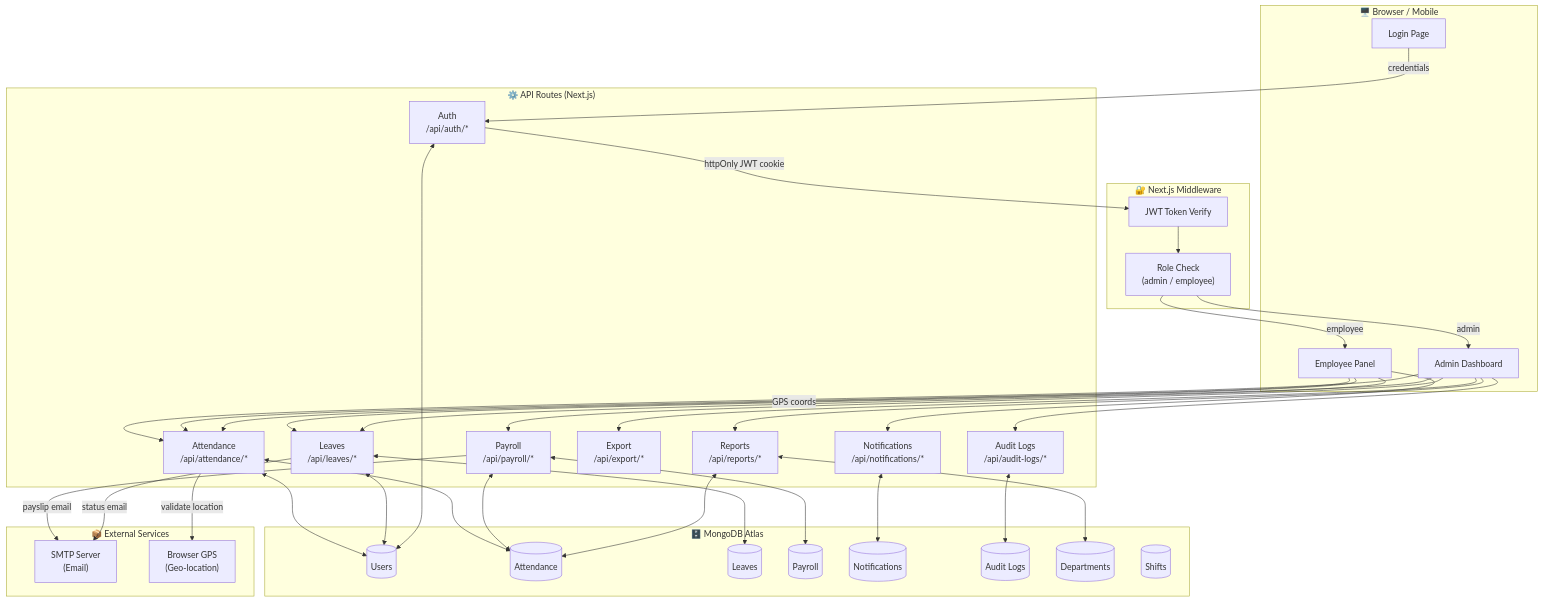
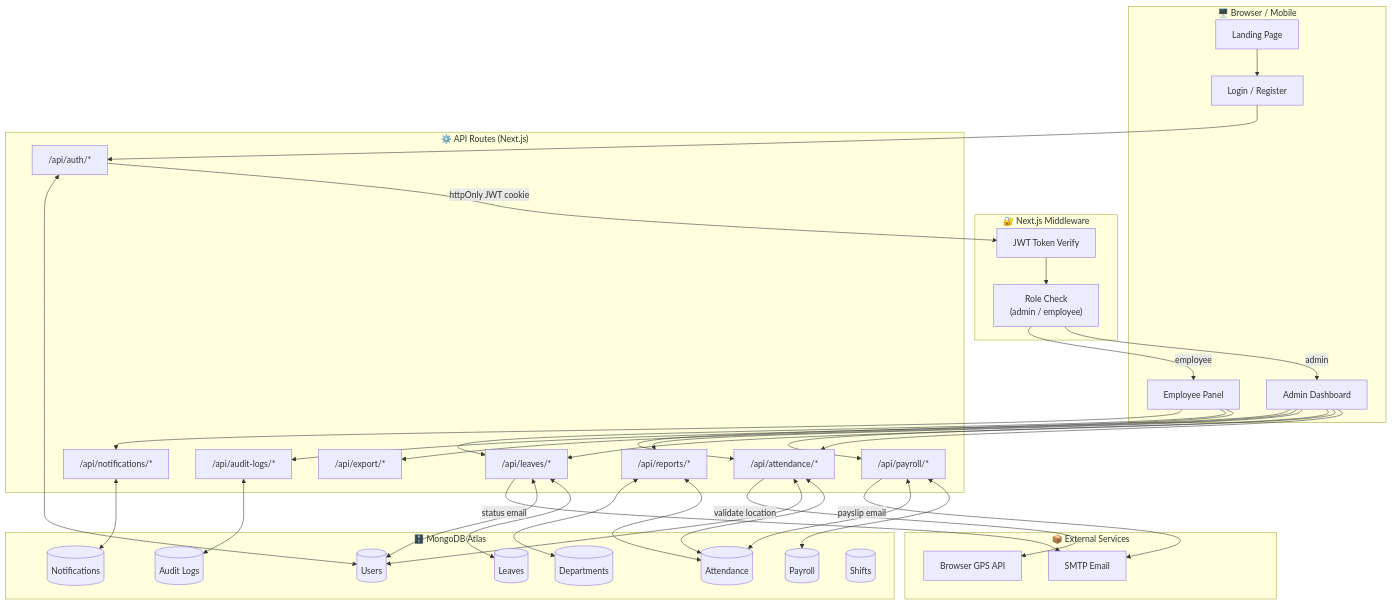
The first of 2 diagrams in README.md (Konete326/Employee-Attendance), drawn with Mermaid before and after one commit. The commit also changed other lines of this file and 1 other file, not shown here.

`````diff
--- a/README.md
+++ b/README.md
@@ -74,74 +97,63 @@
 ```mermaid
 graph TB
     subgraph Client["🖥️ Browser / Mobile"]
-        LoginPage["Login Page"]
+        Home["Landing Page"]
+        LoginPage["Login / Register"]
         AdminUI["Admin Dashboard"]
         EmpUI["Employee Panel"]
     end
 
     subgraph Middleware["🔐 Next.js Middleware"]
         JWT["JWT Token Verify"]
         RoleCheck["Role Check\n(admin / employee)"]
     end
 
     subgraph API["⚙️ API Routes (Next.js)"]
-        AuthAPI["Auth\n/api/auth/*"]
-        AttendAPI["Attendance\n/api/attendance/*"]
-        LeaveAPI["Leaves\n/api/leaves/*"]
-        PayrollAPI["Payroll\n/api/payroll/*"]
-        ReportAPI["Reports\n/api/reports/*"]
-        ExportAPI["Export\n/api/export/*"]
-        NotifAPI["Notifications\n/api/notifications/*"]
-        AuditAPI["Audit Logs\n/api/audit-logs/*"]
+        AuthAPI["/api/auth/*"]
+        AttendAPI["/api/attendance/*"]
+        LeaveAPI["/api/leaves/*"]
+        PayrollAPI["/api/payroll/*"]
+        ReportAPI["/api/reports/*"]
+        ExportAPI["/api/export/*"]
+        NotifAPI["/api/notifications/*"]
+        AuditAPI["/api/audit-logs/*"]
     end
 
     subgraph DB["🗄️ MongoDB Atlas"]
         Users[("Users")]
         Attendance[("Attendance")]
         Leaves[("Leaves")]
         Payroll[("Payroll")]
         Notifications[("Notifications")]
         AuditLogs[("Audit Logs")]
         Departments[("Departments")]
         Shifts[("Shifts")]
     end
 
-    subgraph Services["📦 External Services"]
-        SMTP["SMTP Server\n(Email)"]
-        GPS["Browser GPS\n(Geo-location)"]
+    subgraph External["📦 External Services"]
+        SMTP["SMTP Email"]
+        GPS["Browser GPS API"]
     end
 
-    LoginPage -->|credentials| AuthAPI
+    Home --> LoginPage
+    LoginPage --> AuthAPI
     AuthAPI -->|httpOnly JWT cookie| JWT
     JWT --> RoleCheck
     RoleCheck -->|admin| AdminUI
     RoleCheck -->|employee| EmpUI
 
-    AdminUI --> AttendAPI
-    AdminUI --> LeaveAPI
-    AdminUI --> PayrollAPI
-    AdminUI --> ReportAPI
-    AdminUI --> ExportAPI
-    AdminUI --> AuditAPI
+    AdminUI --> AttendAPI & LeaveAPI & PayrollAPI & ReportAPI & ExportAPI & AuditAPI
+    EmpUI --> AttendAPI & LeaveAPI & NotifAPI
 
-    EmpUI --> AttendAPI
-    EmpUI --> LeaveAPI
-    EmpUI --> NotifAPI
-    EmpUI -->|GPS coords| AttendAPI
-
-    AttendAPI <--> Attendance
-    AttendAPI <--> Users
-    LeaveAPI <--> Leaves
-    LeaveAPI <--> Users
-    PayrollAPI <--> Payroll
-    PayrollAPI <--> Attendance
-    ReportAPI <--> Attendance
-    ReportAPI <--> Departments
+    AttendAPI <--> Attendance & Users
+    LeaveAPI <--> Leaves & Users
+    PayrollAPI <--> Payroll & Attendance
+    ReportAPI <--> Attendance & Departments
     NotifAPI <--> Notifications
     AuditAPI <--> AuditLogs
     AuthAPI <--> Users
 
     PayrollAPI -->|payslip email| SMTP
     LeaveAPI -->|status email| SMTP
     AttendAPI -->|validate location| GPS
-````
+```
`````
